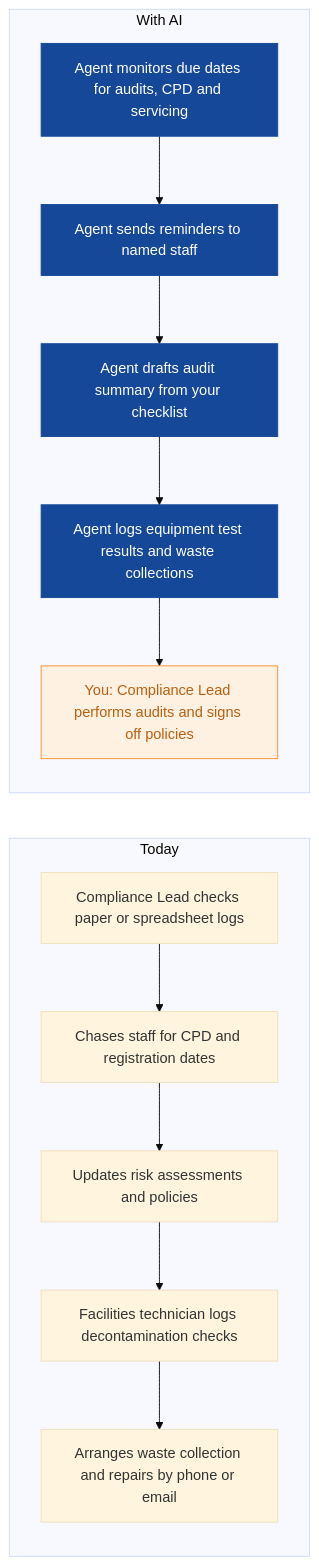
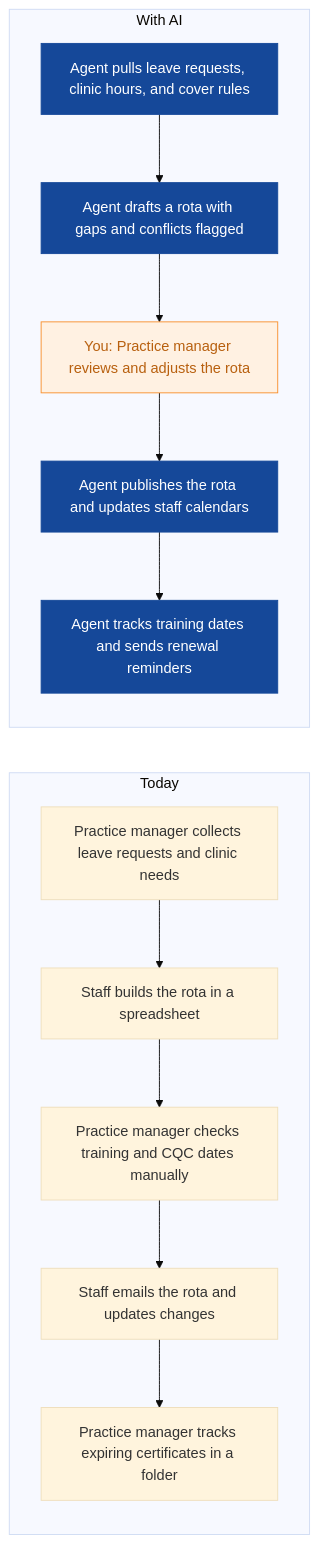
One commit to nexibeo/Complete-AI-Strategy changed the eighth of 9 diagrams in strategies/maple-sage-dental.md. Above: the diagram before and after it, drawn with Mermaid (base theme). The commit also changed other lines of this file and 26 other files, not shown here.

````diff
--- a/strategies/maple-sage-dental.md
+++ b/strategies/maple-sage-dental.md
@@ -221,23 +255,23 @@
 ```mermaid
 flowchart LR
   subgraph Today
-    B0["Compliance Lead checks paper or spreadsheet logs"]
-    B1["Chases staff for CPD and registration dates"]
-    B2["Updates risk assessments and policies"]
-    B3["Facilities technician logs decontamination checks"]
-    B4["Arranges waste collection and repairs by phone or email"]
+    B0["Practice manager collects leave requests and clinic needs"]
+    B1["Staff builds the rota in a spreadsheet"]
+    B2["Practice manager checks training and CQC dates manually"]
+    B3["Staff emails the rota and updates changes"]
+    B4["Practice manager tracks expiring certificates in a folder"]
     B0 --> B1 --> B2 --> B3 --> B4
   end
   subgraph WithAI[With AI]
-    A0["Agent monitors due dates for audits, CPD and servicing"]
-    A1["Agent sends reminders to named staff"]
-    A2["Agent drafts audit summary from your checklist"]
-    A3["Agent logs equipment test results and waste collections"]
-    A4["You: Compliance Lead performs audits and signs off policies"]
+    A0["Agent pulls leave requests, clinic hours, and cover rules"]
+    A1["Agent drafts a rota with gaps and conflicts flagged"]
+    A2["You: Practice manager reviews and adjusts the rota"]
+    A3["Agent publishes the rota and updates staff calendars"]
+    A4["Agent tracks training dates and sends renewal reminders"]
     A0 --> A1 --> A2 --> A3 --> A4
   end
   classDef ai fill:#154899,color:#fff,stroke:#154899
   classDef human fill:#FFF1E2,color:#B8600F,stroke:#F98F2C
-  class A0,A1,A2,A3 ai
-  class A4 human
+  class A0,A1,A3,A4 ai
+  class A2 human
 ```
````
